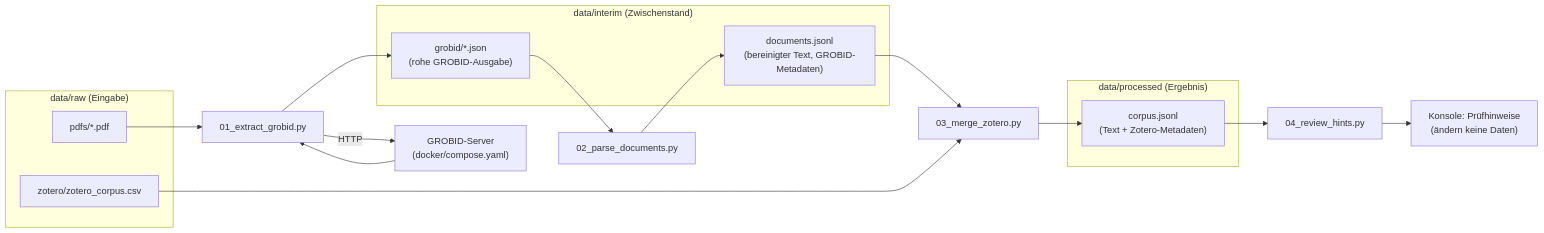
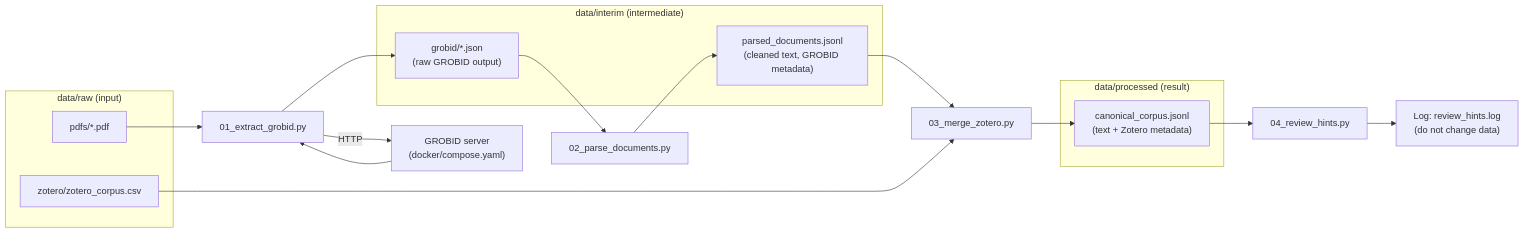
The diagram in docs/pipeline.md (marius-fischmann/scientific-rag-pipeline), drawn with Mermaid before and after one commit. The commit also changed other lines of this file and 10 other files, not shown here.

````diff
--- a/docs/pipeline.md
+++ b/docs/pipeline.md
@@ -5,34 +5,34 @@
 ```mermaid
 flowchart LR
-    subgraph raw["data/raw (Eingabe)"]
+    subgraph raw["data/raw (input)"]
         pdfs["pdfs/*.pdf"]
         zot["zotero/zotero_corpus.csv"]
     end
 
-    grobid["GROBID-Server<br/>(docker/compose.yaml)"]
+    grobid["GROBID server<br/>(docker/compose.yaml)"]
     s1["01_extract_grobid.py"]
     s2["02_parse_documents.py"]
     s3["03_merge_zotero.py"]
     s4["04_review_hints.py"]
 
-    subgraph interim["data/interim (Zwischenstand)"]
-        tei["grobid/*.json<br/>(rohe GROBID-Ausgabe)"]
-        docs["documents.jsonl<br/>(bereinigter Text, GROBID-Metadaten)"]
+    subgraph interim["data/interim (intermediate)"]
+        tei["grobid/*.json<br/>(raw GROBID output)"]
+        docs["parsed_documents.jsonl<br/>(cleaned text, GROBID metadata)"]
     end
 
-    subgraph processed["data/processed (Ergebnis)"]
-        corpus["corpus.jsonl<br/>(Text + Zotero-Metadaten)"]
+    subgraph processed["data/processed (result)"]
+        corpus["canonical_corpus.jsonl<br/>(text + Zotero metadata)"]
     end
 
-    hints["Konsole: Prüfhinweise<br/>(ändern keine Daten)"]
+    hints["Log: review_hints.log<br/>(do not change data)"]
 
     pdfs --> s1
     s1 -->|HTTP| grobid
     grobid --> s1
     s1 --> tei
     tei --> s2 --> docs
     docs --> s3
     zot --> s3
     s3 --> corpus
     corpus --> s4 --> hints
 ```
````
